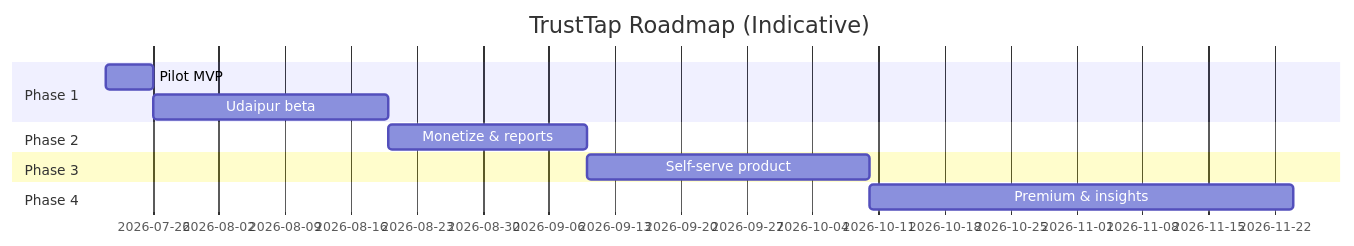
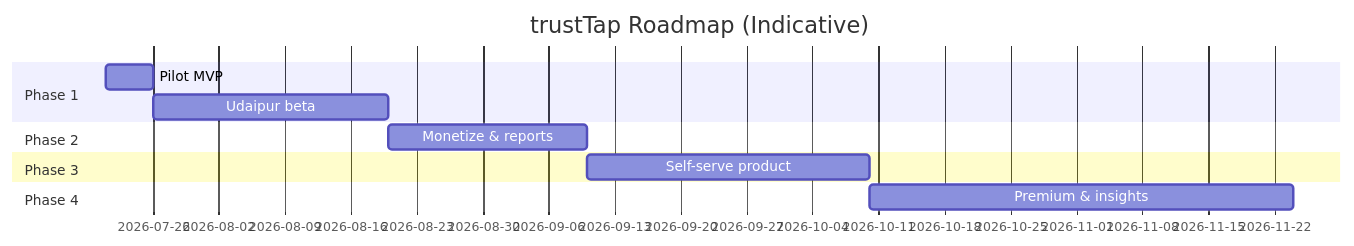
The diagram in docs/PHASED_ROADMAP.md (niteshrav/GoogleReviewQR), drawn with Mermaid before and after one commit. The commit also changed other lines of this file and 105 other files, not shown here.

First line of the commit message:
Add trustTap DinePro restaurant module and rename brand to trustTap.

````diff
--- a/docs/PHASED_ROADMAP.md
+++ b/docs/PHASED_ROADMAP.md
@@ -47,14 +47,14 @@
 ```mermaid
 gantt
-    title TrustTap Roadmap (Indicative)
+    title trustTap Roadmap (Indicative)
     dateFormat YYYY-MM-DD
     section Phase 1
     Pilot MVP           :p1, 2026-07-21, 5d
     Udaipur beta        :p1b, after p1, 25d
     section Phase 2
     Monetize & reports  :p2, after p1b, 21d
     section Phase 3
     Self-serve product  :p3, after p2, 30d
     section Phase 4
     Premium & insights  :p4, after p3, 45d
 ```
````
